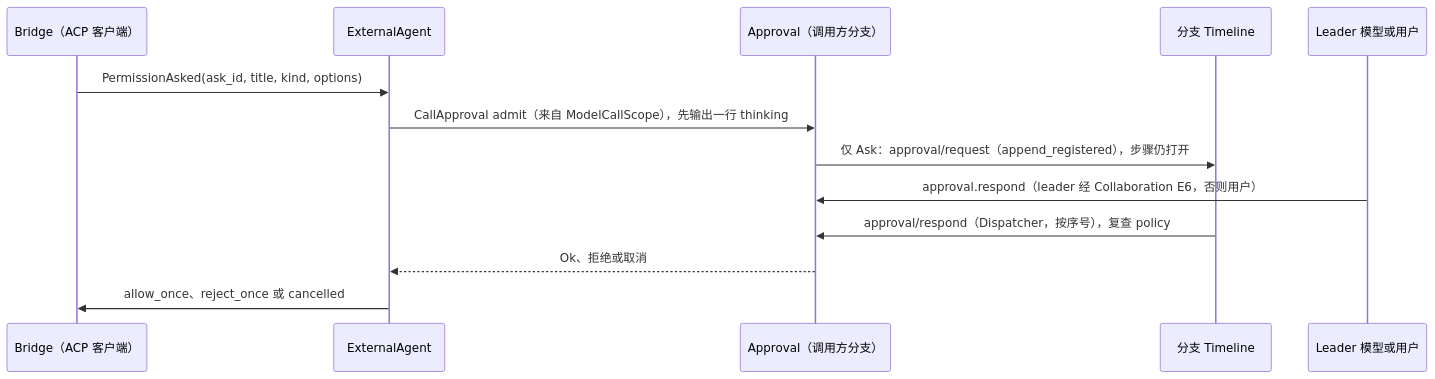
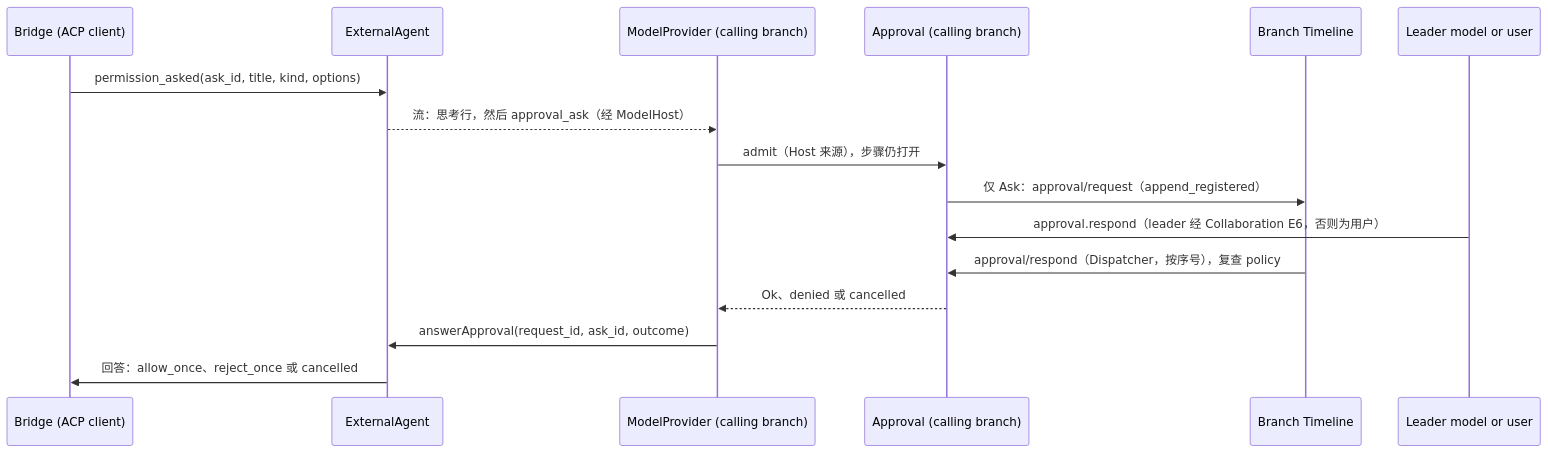
Before and after one commit to CoutinhoTTS/dim-agent: the fourth of 5 diagrams in docs/zh/design/plugins/ExternalAgent.md, drawn with Mermaid. The commit also changed other lines of this file and 18 other files, not shown here.

````diff
--- a/docs/zh/design/plugins/ExternalAgent.md
+++ b/docs/zh/design/plugins/ExternalAgent.md
@@ -130,15 +129,18 @@
 ```mermaid
 sequenceDiagram
-  participant BR as Bridge（ACP 客户端）
+  participant BR as Bridge (ACP client)
   participant EA as ExternalAgent
-  participant AP as Approval（调用方分支）
-  participant TL as 分支 Timeline
-  participant U as Leader 模型或用户
-  BR->>EA: PermissionAsked(ask_id, title, kind, options)
-  EA->>AP: CallApproval admit（来自 ModelCallScope），先输出一行 thinking
-  AP->>TL: 仅 Ask：approval/request（append_registered），步骤仍打开
-  U->>AP: approval.respond（leader 经 Collaboration E6，否则用户）
+  participant MP as ModelProvider (calling branch)
+  participant AP as Approval (calling branch)
+  participant TL as Branch Timeline
+  participant U as Leader model or user
+  BR->>EA: permission_asked(ask_id, title, kind, options)
+  EA-->>MP: 流：思考行，然后 approval_ask（经 ModelHost）
+  MP->>AP: admit（Host 来源），步骤仍打开
+  AP->>TL: 仅 Ask：approval/request（append_registered）
+  U->>AP: approval.respond（leader 经 Collaboration E6，否则为用户）
   TL->>AP: approval/respond（Dispatcher，按序号），复查 policy
-  AP-->>EA: Ok、拒绝或取消
-  EA->>BR: allow_once、reject_once 或 cancelled
+  AP-->>MP: Ok、denied 或 cancelled
+  MP->>EA: answerApproval(request_id, ask_id, outcome)
+  EA->>BR: 回答：allow_once、reject_once 或 cancelled
 ```
````
